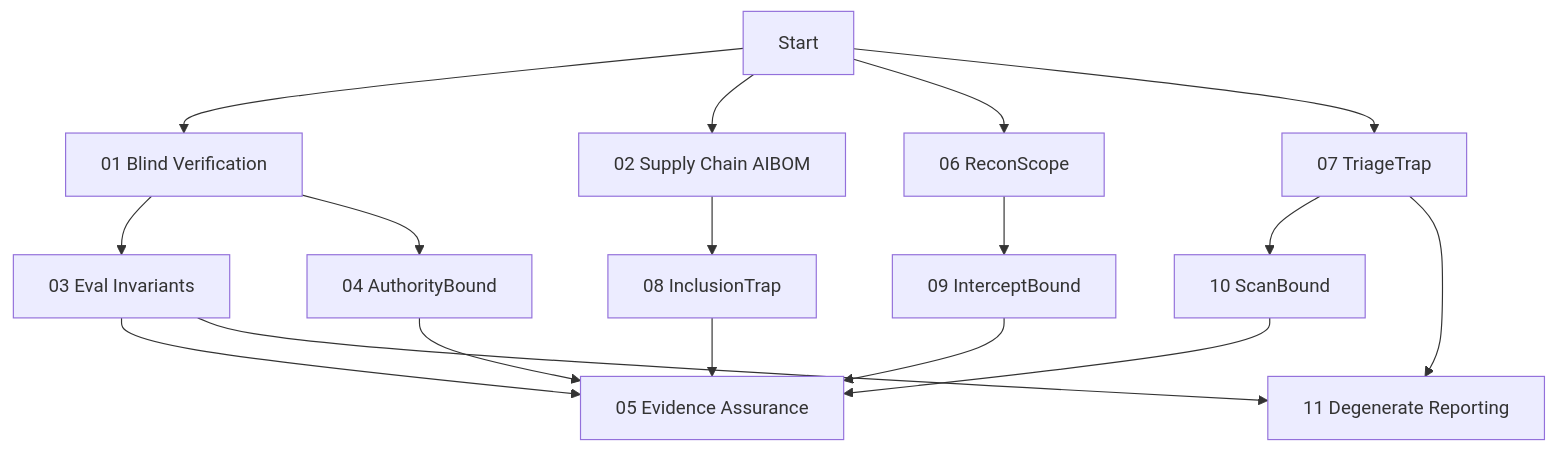
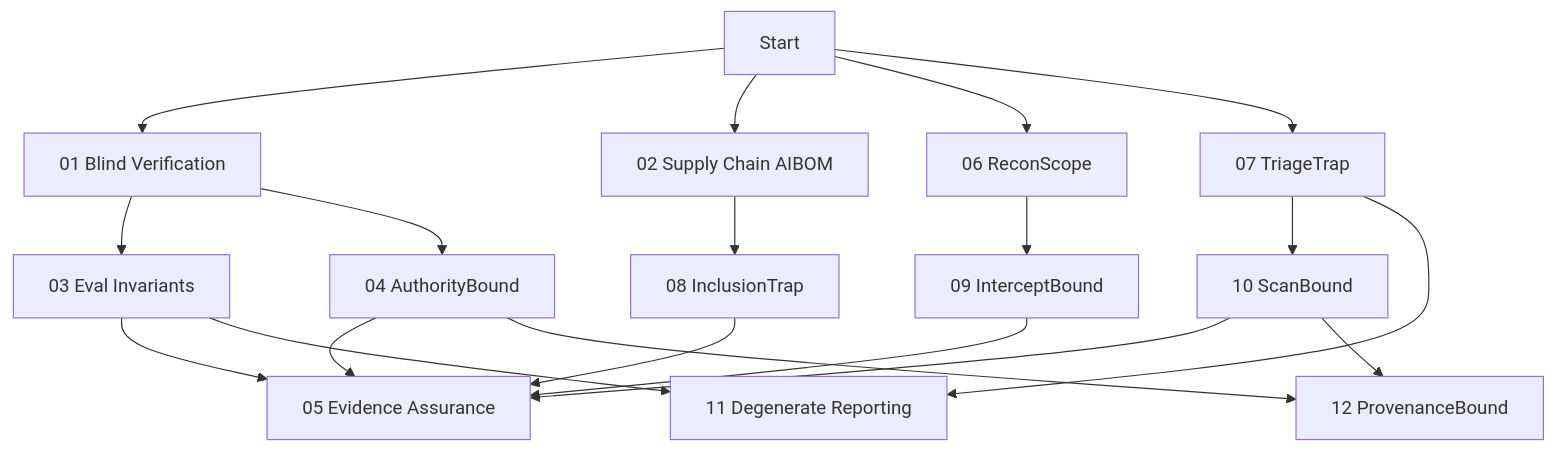
One commit to radanliev/agentic-security-demos changed the diagram in docs/demos/overview.md. Above: the diagram before and after it, drawn with Mermaid. The commit also changed other lines of this file and 24 other files, not shown here.

````diff
--- a/docs/demos/overview.md
+++ b/docs/demos/overview.md
@@ -5,19 +5,21 @@
 ```mermaid
 graph TD
     A[Start] --> B[01 Blind Verification]
     A --> C[02 Supply Chain AIBOM]
     A --> D[06 ReconScope]
     A --> E[07 TriageTrap]
     B --> F[03 Eval Invariants]
     B --> G[04 AuthorityBound]
     C --> H[08 InclusionTrap]
     D --> I[09 InterceptBound]
     E --> J[10 ScanBound]
     F --> K[05 Evidence Assurance]
     G --> K
     H --> K
     I --> K
     J --> K
     F --> L[11 Degenerate Reporting]
     E --> L
+    J --> M[12 ProvenanceBound]
+    G --> M
 ```
````
